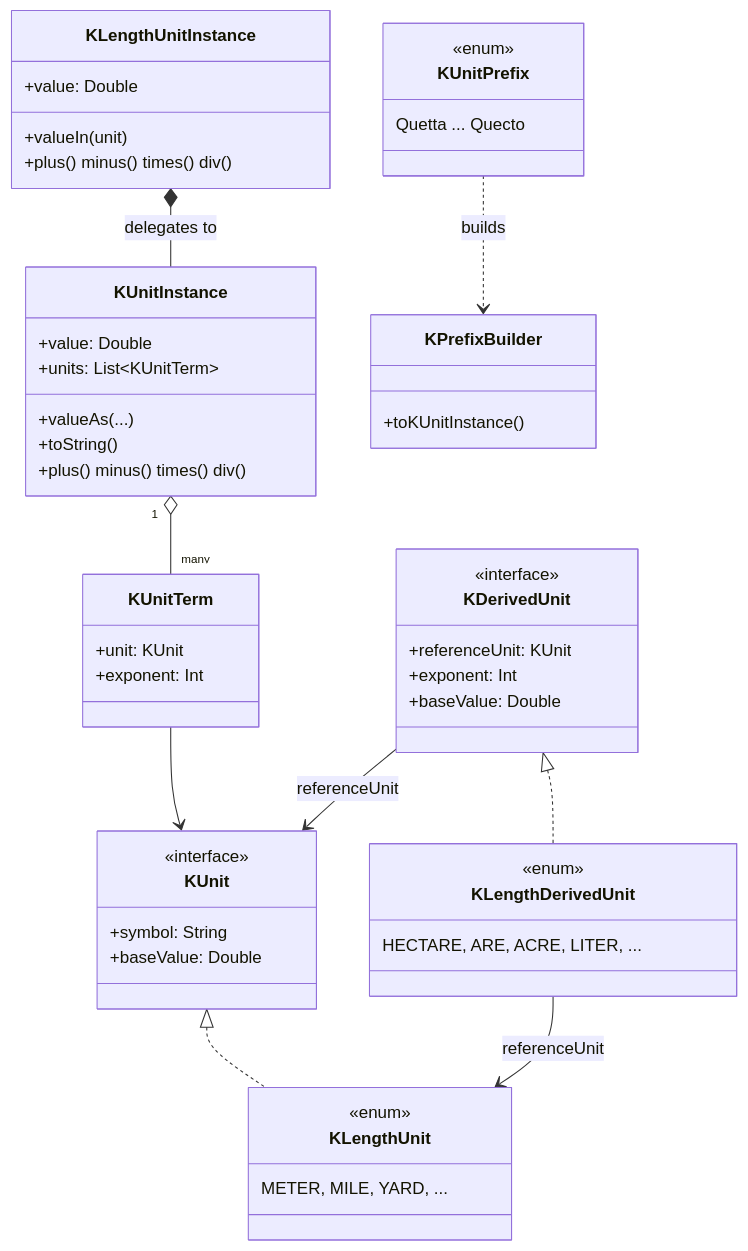
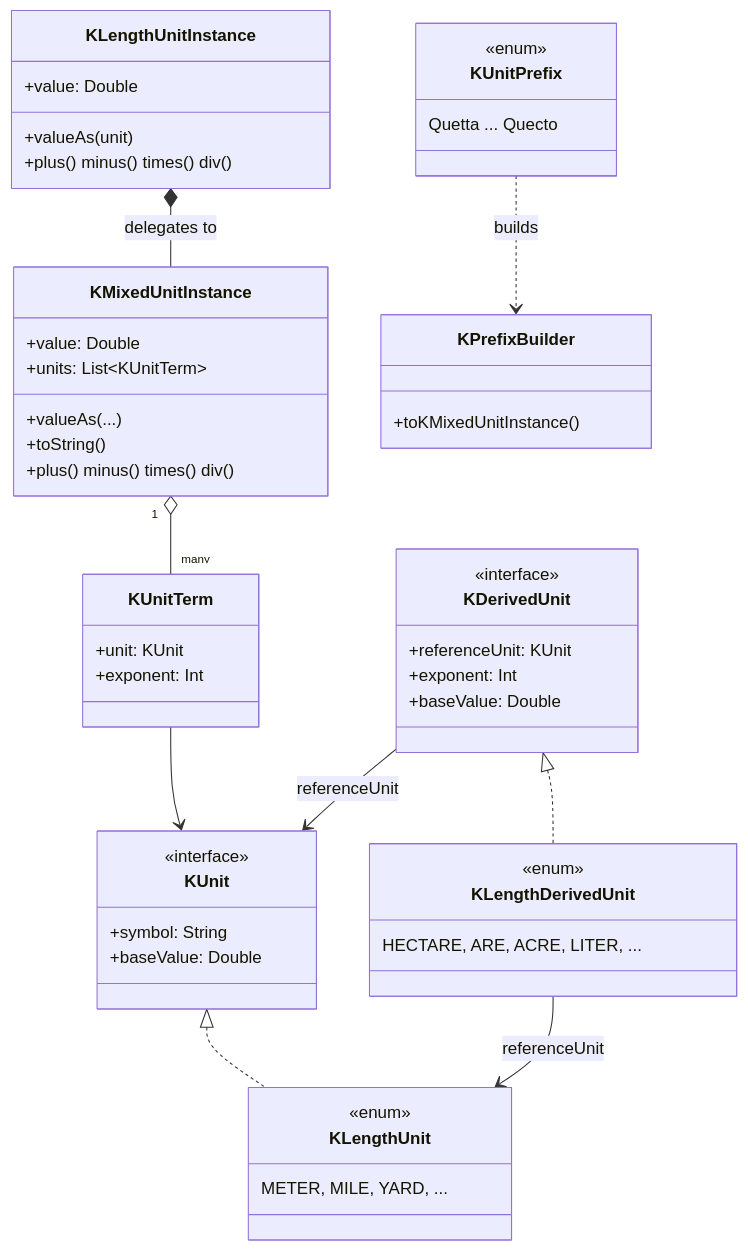
One commit to KleinerHacker/kunit changed the diagram in README.ja.md. Above: the diagram before and after it, drawn with Mermaid. The commit also changed other lines of this file and 44 other files, not shown here.

Commit message:
insert abstraction and reorganize naming and architecture

````diff
--- a/README.ja.md
+++ b/README.ja.md
@@ -74,56 +74,56 @@
 ```mermaid
 classDiagram
     class KUnit {
         <<interface>>
         +symbol: String
         +baseValue: Double
     }
-    class KUnitInstance {
+    class KMixedUnitInstance {
         +value: Double
         +units: List~KUnitTerm~
         +valueAs(...)
         +toString()
         +plus() minus() times() div()
     }
     class KUnitTerm {
         +unit: KUnit
         +exponent: Int
     }
     class KUnitPrefix {
         <<enum>>
         Quetta ... Quecto
     }
     class KDerivedUnit {
         <<interface>>
         +referenceUnit: KUnit
         +exponent: Int
         +baseValue: Double
     }
     class KPrefixBuilder {
-        +toKUnitInstance()
+        +toKMixedUnitInstance()
     }
 
-    KUnitInstance "1" o-- "many" KUnitTerm
+    KMixedUnitInstance "1" o-- "many" KUnitTerm
     KUnitTerm --> KUnit
     KDerivedUnit --> KUnit : referenceUnit
     KUnitPrefix ..> KPrefixBuilder : builds
 
     class KLengthUnit {
         <<enum>>
         METER, MILE, YARD, ...
     }
     class KLengthUnitInstance {
         +value: Double
-        +valueIn(unit)
+        +valueAs(unit)
         +plus() minus() times() div()
     }
     class KLengthDerivedUnit {
         <<enum>>
         HECTARE, ARE, ACRE, LITER, ...
     }
 
     KUnit <|.. KLengthUnit
     KDerivedUnit <|.. KLengthDerivedUnit
-    KLengthUnitInstance *-- KUnitInstance : delegates to
+    KLengthUnitInstance *-- KMixedUnitInstance : delegates to
     KLengthDerivedUnit --> KLengthUnit : referenceUnit
 ```
````
